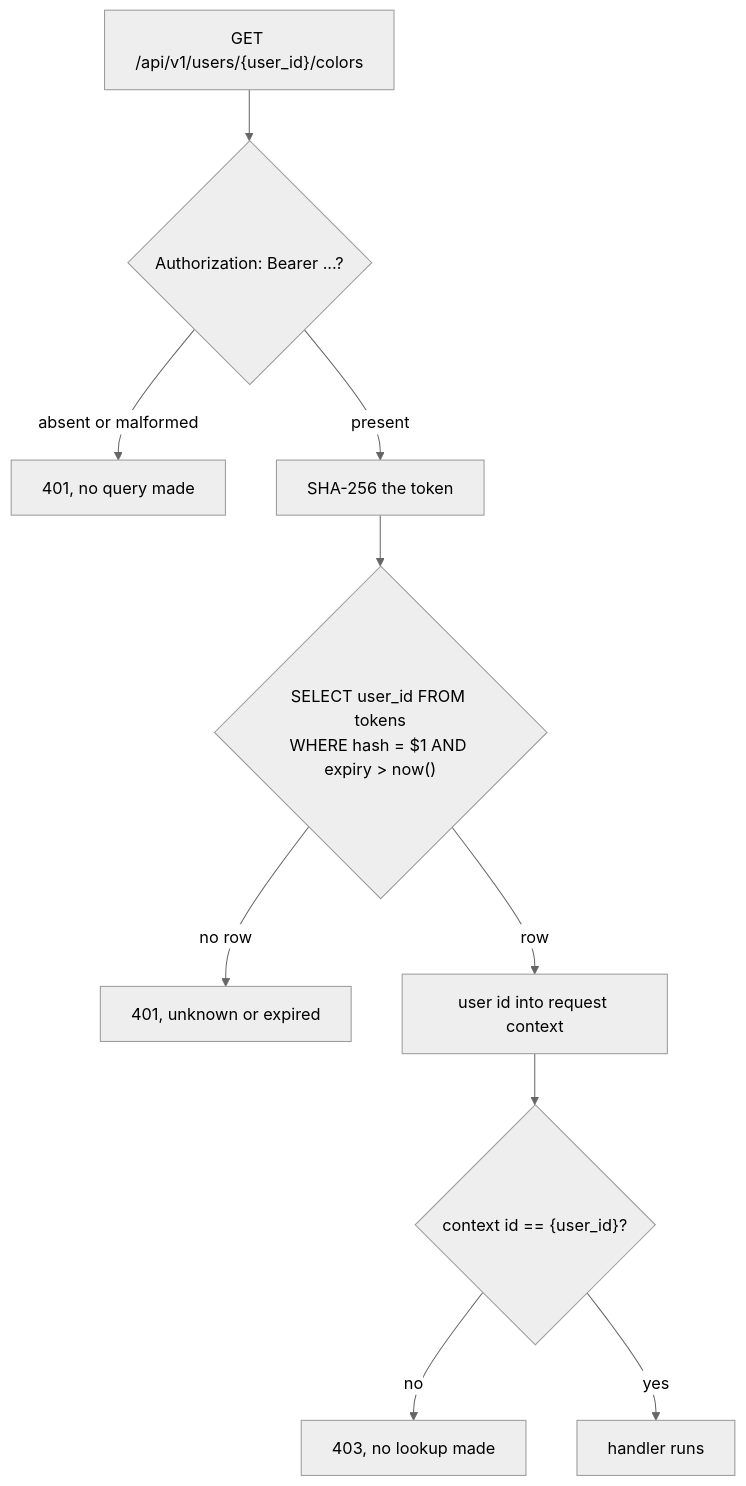
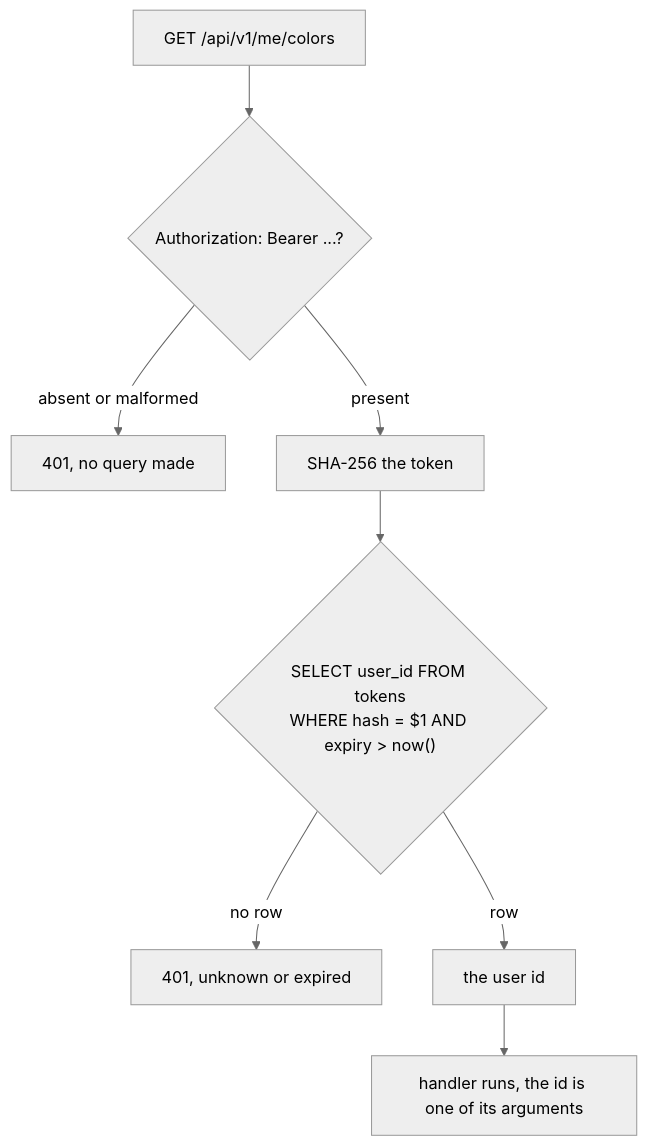
The third of 3 diagrams in docs/auth.md (salandered/wavelen), drawn with Mermaid (neutral theme) before and after one commit. The commit also changed other lines of this file and 20 other files, not shown here.

Commit message:
Remove user_id from API paths; user_id doesnt leave the server

````diff
--- a/docs/auth.md
+++ b/docs/auth.md
@@ -89,12 +88,10 @@
 ```mermaid
 flowchart TD
-    A["GET /api/v1/users/{user_id}/colors"] --> B{"Authorization: Bearer ...?"}
+    A["GET /api/v1/me/colors"] --> B{"Authorization: Bearer ...?"}
     B -- absent or malformed --> E1["401, no query made"]
     B -- present --> C["SHA-256 the token"]
     C --> D{"SELECT user_id FROM tokens<br/>WHERE hash = $1 AND expiry > now()"}
     D -- no row --> E2["401, unknown or expired"]
-    D -- row --> F["user id into request context"]
-    F --> G{"context id == {user_id}?"}
-    G -- no --> E3["403, no lookup made"]
-    G -- yes --> H["handler runs"]
+    D -- row --> F["the user id"]
+    F --> H["handler runs, the id is one of its arguments"]
 ```
````
